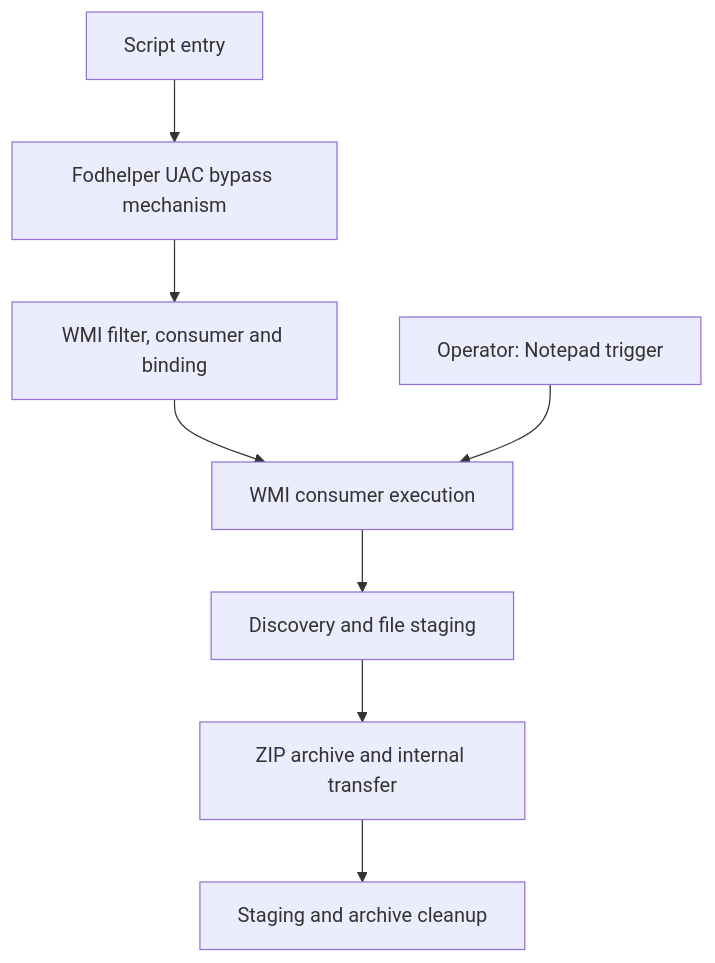
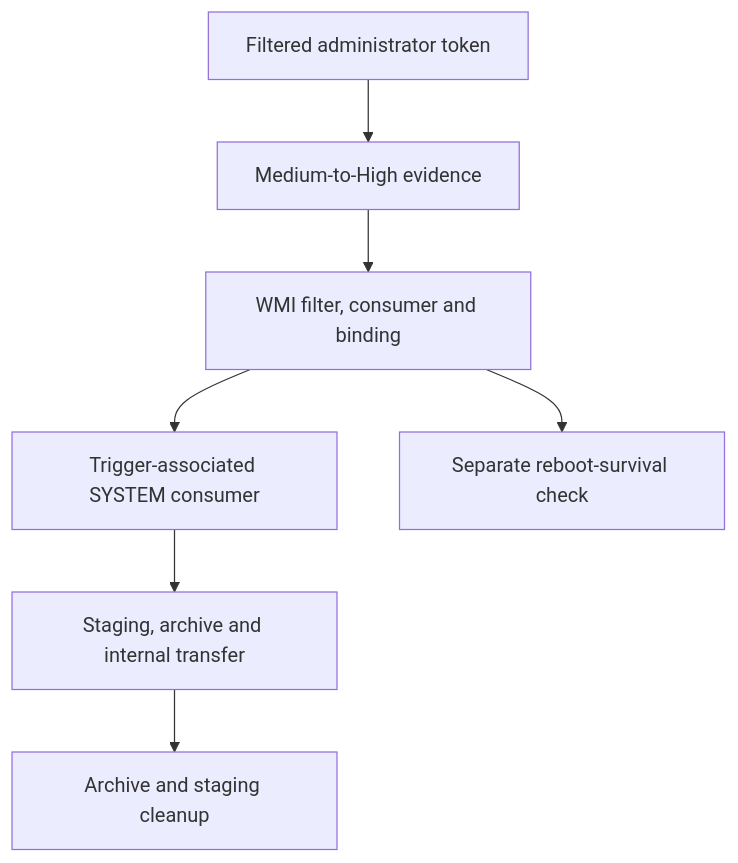
Before and after one commit to rap1p1/wmi-persistence-threat-detection: the diagram in README.md, drawn with Mermaid. The commit also changed other lines of this file and 32 other files, not shown here.

````diff
--- a/README.md
+++ b/README.md
@@ -22,10 +19,9 @@
 ```mermaid
 flowchart TD
-    entry["Script entry"] --> uac["Fodhelper UAC bypass mechanism"]
-    uac --> subscription["WMI filter, consumer and binding"]
-    subscription --> activation["WMI consumer execution"]
-    trigger["Operator: Notepad trigger"] --> activation
-    activation --> collection["Discovery and file staging"]
-    collection --> transfer["ZIP archive and internal transfer"]
-    transfer --> cleanup["Staging and archive cleanup"]
+    entry["Filtered administrator token"] --> elevated["Medium-to-High evidence"]
+    elevated --> registration["WMI filter, consumer and binding"]
+    registration --> activation["Trigger-associated SYSTEM consumer"]
+    activation --> files["Staging, archive and internal transfer"]
+    files --> cleanup["Archive and staging cleanup"]
+    registration --> reboot["Separate reboot-survival check"]
 ```
````
